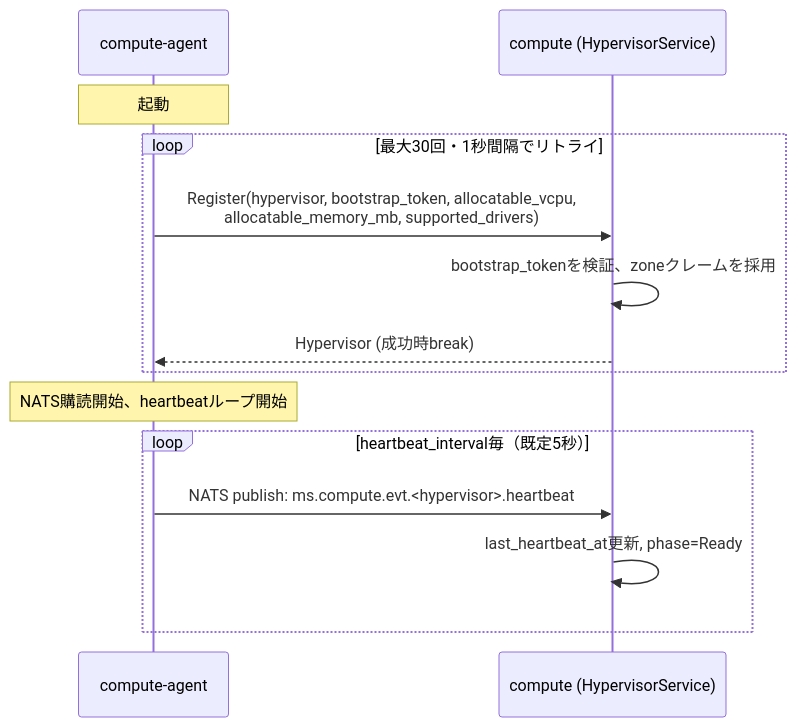
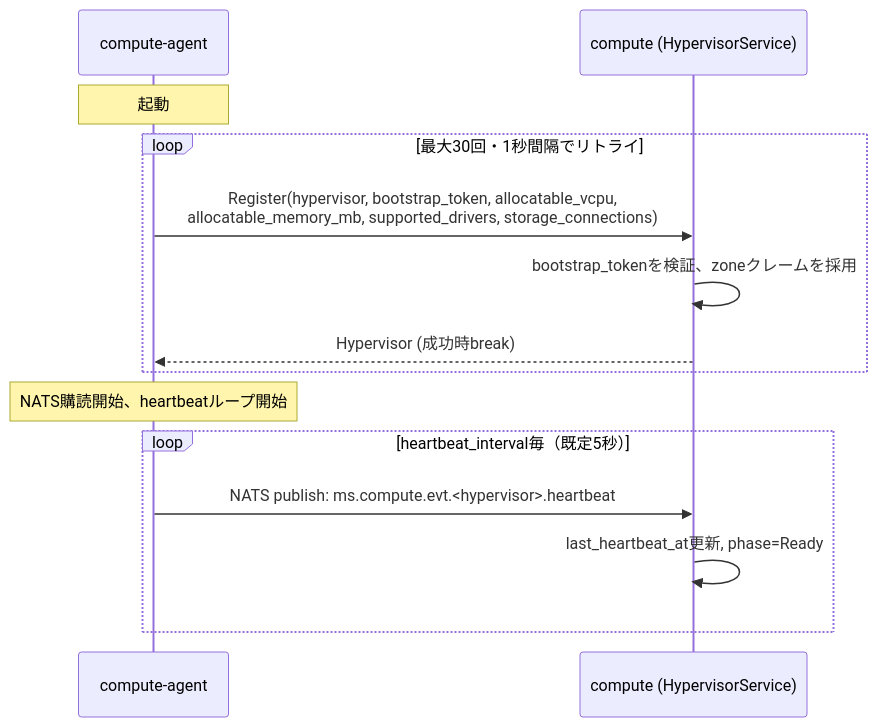
The first of 2 diagrams in docs/specs/hypervisor-bootstrap.md (kiyuta1230/kyuusha), drawn with Mermaid before and after one commit. The commit also changed other lines of this file and 43 other files, not shown here.

````diff
--- a/docs/specs/hypervisor-bootstrap.md
+++ b/docs/specs/hypervisor-bootstrap.md
@@ -27,17 +28,17 @@
 ```mermaid
 sequenceDiagram
     participant A as compute-agent
     participant C as compute (HypervisorService)
 
     Note over A: 起動
     loop 最大30回・1秒間隔でリトライ
-        A->>C: Register(hypervisor, bootstrap_token, allocatable_vcpu,<br/>allocatable_memory_mb, supported_drivers)
+        A->>C: Register(hypervisor, bootstrap_token, allocatable_vcpu,<br/>allocatable_memory_mb, supported_drivers, storage_connections)
         C->>C: bootstrap_tokenを検証、zoneクレームを採用
         C-->>A: Hypervisor (成功時break)
     end
     Note over A: NATS購読開始、heartbeatループ開始
     loop heartbeat_interval毎（既定5秒）
         A->>C: NATS publish: ms.compute.evt.<hypervisor>.heartbeat
         C->>C: last_heartbeat_at更新, phase=Ready
     end
 ```
````
